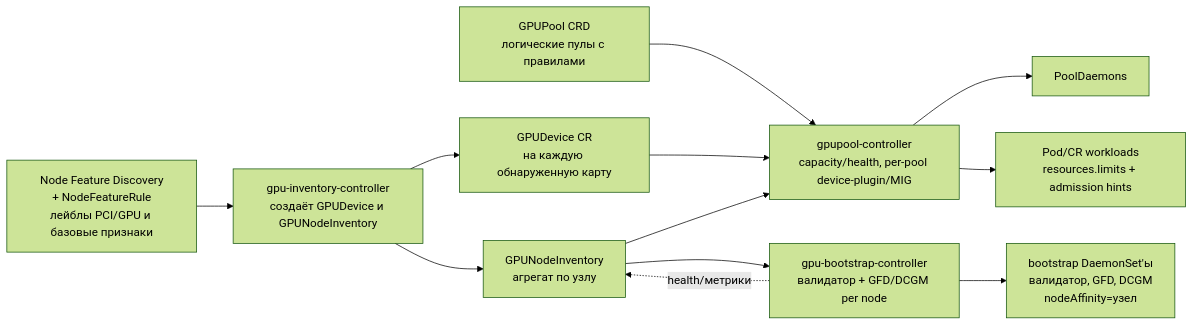
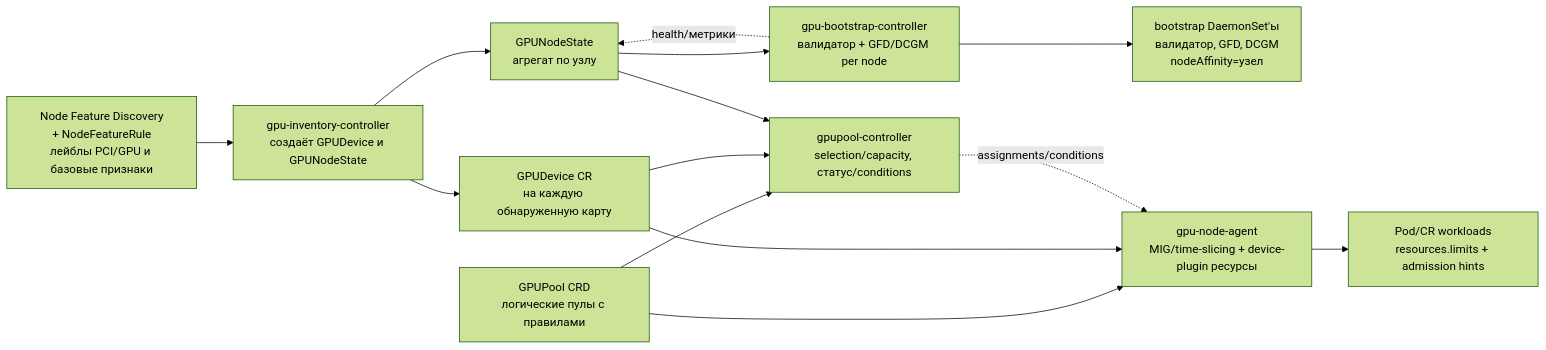
The first of 7 diagrams in docs/adr/ADR-gpu-control-plane.ru.md (aleksandr-podmoskovniy/gpu-control-plane), drawn with Mermaid (forest theme) before and after one commit. The commit also changed other lines of this file and 253 other files, not shown here.

````diff
--- a/docs/adr/ADR-gpu-control-plane.ru.md
+++ b/docs/adr/ADR-gpu-control-plane.ru.md
@@ -426,23 +477,26 @@
 ```mermaid
 flowchart LR
     NFD["Node Feature Discovery<br/>+ NodeFeatureRule<br/>лейблы PCI/GPU и базовые признаки"]
-    InventoryCtrl["gpu-inventory-controller<br/>создаёт GPUDevice и GPUNodeInventory"]
+    InventoryCtrl["gpu-inventory-controller<br/>создаёт GPUDevice и GPUNodeState"]
     Device["GPUDevice CR<br/>на каждую обнаруженную карту"]
-    Inventory["GPUNodeInventory<br/>агрегат по узлу"]
+    Inventory["GPUNodeState<br/>агрегат по узлу"]
     Bootstrap["gpu-bootstrap-controller<br/>валидатор + GFD/DCGM per node"]
     BaseDaemons["bootstrap DaemonSet'ы<br/>валидатор, GFD, DCGM<br/>nodeAffinity=узел"]
     Pool["GPUPool CRD<br/>логические пулы с правилами"]
-    Controller["gpupool-controller<br/>capacity/health, per-pool device-plugin/MIG"]
+    Controller["gpupool-controller<br/>selection/capacity, статус/conditions"]
+    NodeAgent["gpu-node-agent<br/>MIG/time-slicing + device-plugin ресурсы"]
     Workloads["Pod/CR workloads<br/>resources.limits + admission hints"]
     NFD --> InventoryCtrl
     InventoryCtrl --> Device
     InventoryCtrl --> Inventory
     Inventory --> Bootstrap
     Bootstrap --> BaseDaemons
     Bootstrap -. health/метрики .-> Inventory
     Pool --> Controller
     Device --> Controller
     Inventory --> Controller
-    Controller --> PoolDaemons
-    Controller --> Workloads
+    Pool --> NodeAgent
+    Device --> NodeAgent
+    Controller -. assignments/conditions .-> NodeAgent
+    NodeAgent --> Workloads
 ```
````
